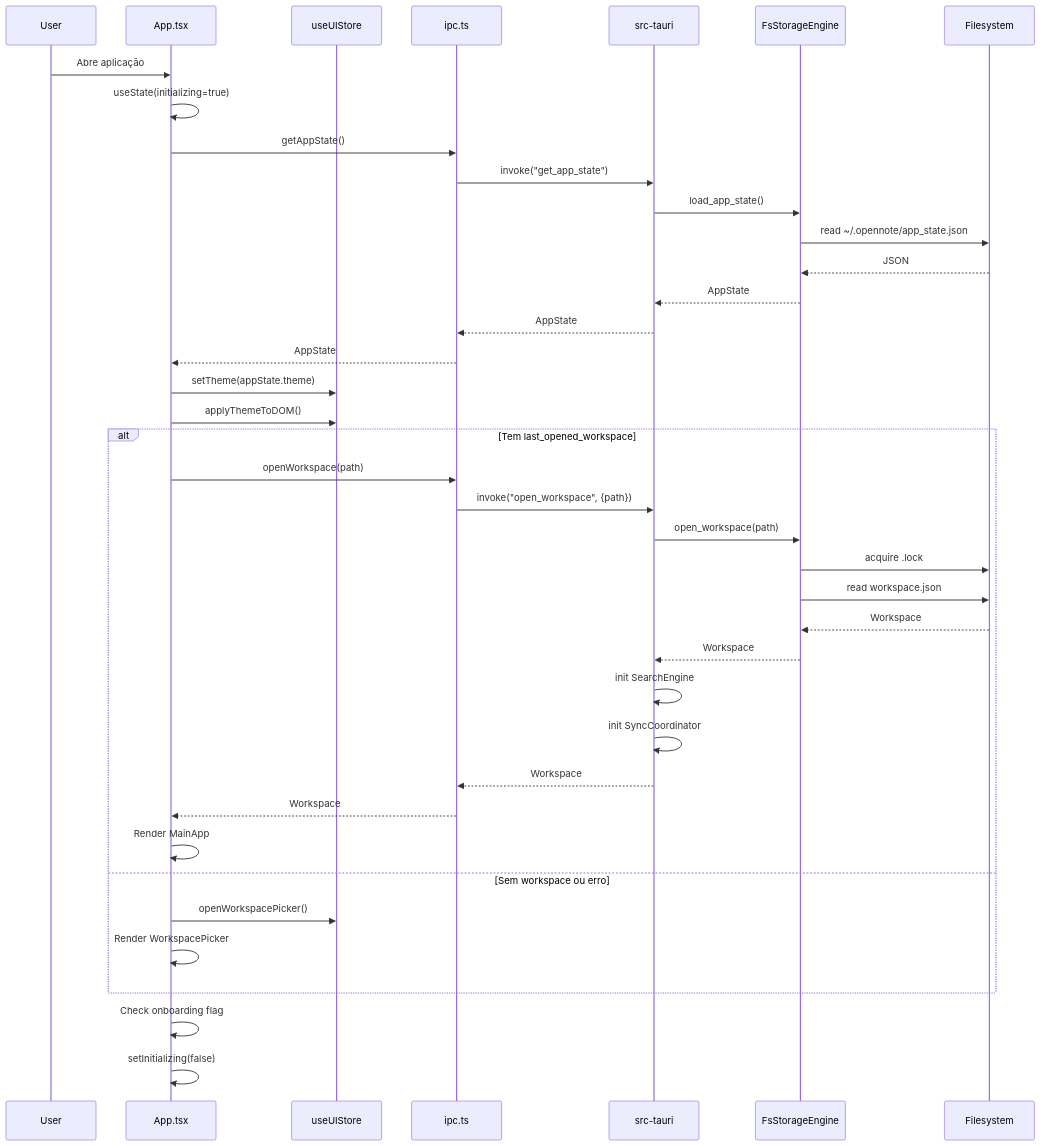
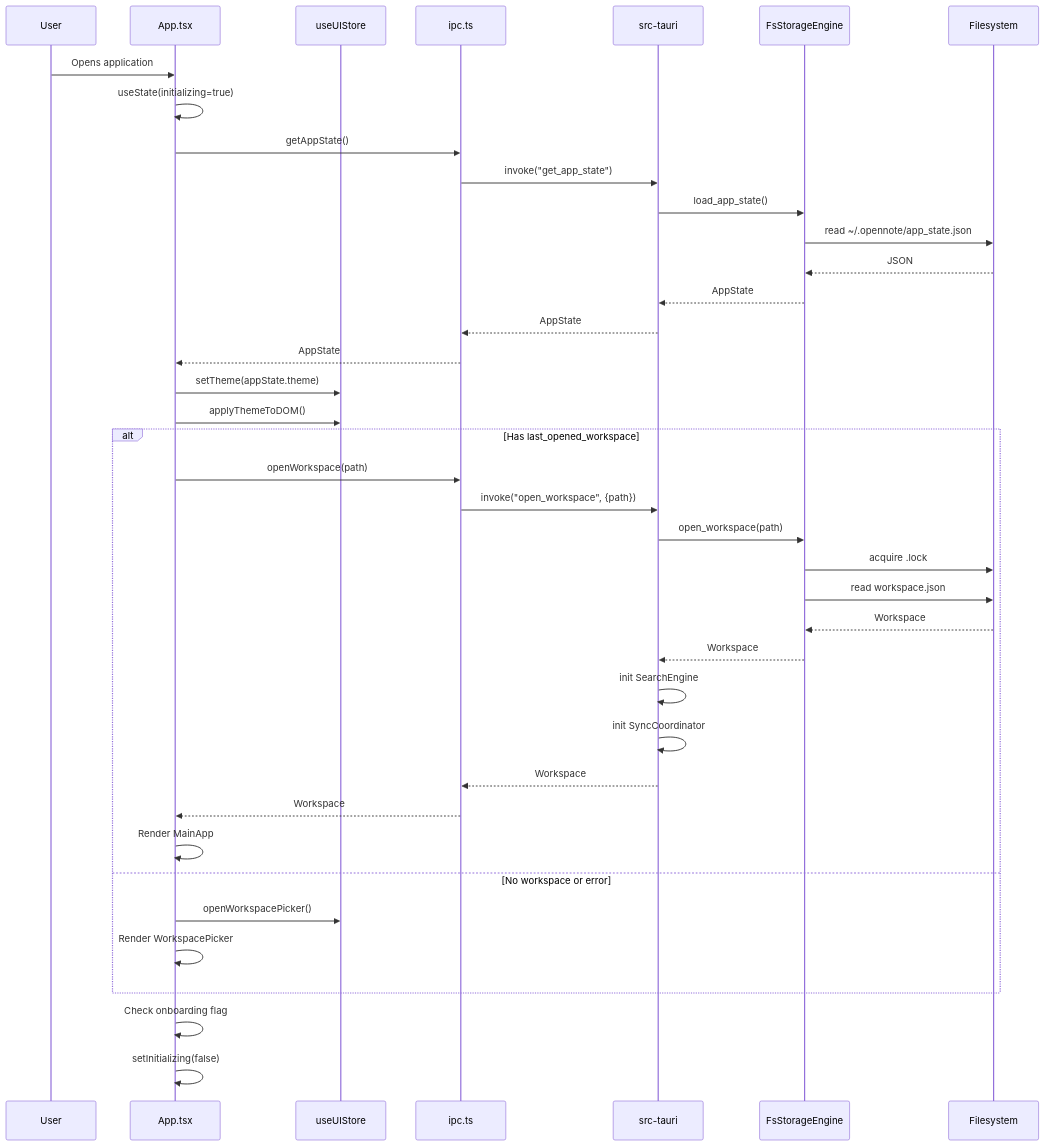
The eighth of 15 diagrams in docs/ARCHITECTURE.md (l3co/open-note), drawn with Mermaid before and after one commit. The commit also changed other lines of this file and 10 other files, not shown here.

First line of the commit message:
docs: translate ARCHITECTURE, USER_GUIDE, and all 9 ADRs to English

````diff
--- a/docs/ARCHITECTURE.md
+++ b/docs/ARCHITECTURE.md
@@ -380,46 +380,46 @@
 ```mermaid
 sequenceDiagram
     participant User
     participant App as App.tsx
     participant UIStore as useUIStore
     participant IPC as ipc.ts
     participant Rust as src-tauri
     participant Storage as FsStorageEngine
     participant FS as Filesystem
 
-    User->>App: Abre aplicação
+    User->>App: Opens application
     App->>App: useState(initializing=true)
 
     App->>IPC: getAppState()
     IPC->>Rust: invoke("get_app_state")
     Rust->>Storage: load_app_state()
     Storage->>FS: read ~/.opennote/app_state.json
     FS-->>Storage: JSON
     Storage-->>Rust: AppState
     Rust-->>IPC: AppState
     IPC-->>App: AppState
 
     App->>UIStore: setTheme(appState.theme)
     App->>UIStore: applyThemeToDOM()
 
-    alt Tem last_opened_workspace
+    alt Has last_opened_workspace
         App->>IPC: openWorkspace(path)
         IPC->>Rust: invoke("open_workspace", {path})
         Rust->>Storage: open_workspace(path)
         Storage->>FS: acquire .lock
         Storage->>FS: read workspace.json
         FS-->>Storage: Workspace
         Storage-->>Rust: Workspace
         Rust->>Rust: init SearchEngine
         Rust->>Rust: init SyncCoordinator
         Rust-->>IPC: Workspace
         IPC-->>App: Workspace
         App->>App: Render MainApp
-    else Sem workspace ou erro
+    else No workspace or error
         App->>UIStore: openWorkspacePicker()
         App->>App: Render WorkspacePicker
     end
 
     App->>App: Check onboarding flag
     App->>App: setInitializing(false)
 ```
````
